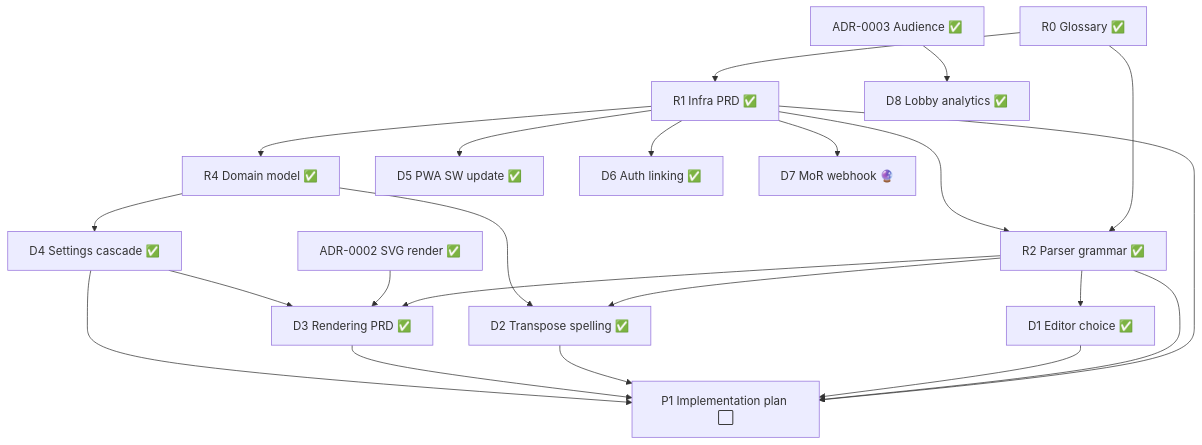
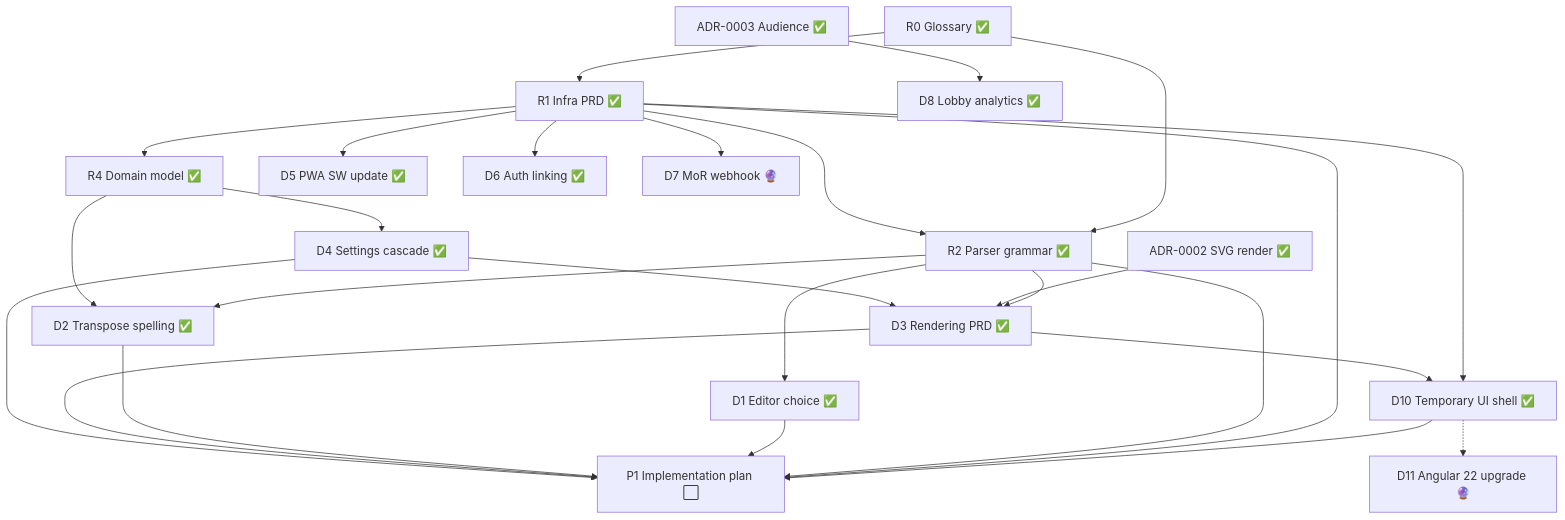
One commit to DcNiemandd/achordeon changed the diagram in docs/PRD.md. Above: the diagram before and after it, drawn with Mermaid. The commit also changed other lines of this file and 2 other files, not shown here.

````diff
--- a/docs/PRD.md
+++ b/docs/PRD.md
@@ -139,32 +142,36 @@
 ```mermaid
 graph TD
   R0[R0 Glossary ✅]
   R1[R1 Infra PRD ✅]
   R2[R2 Parser grammar ✅]
   A2[ADR-0002 SVG render ✅]
   A3[ADR-0003 Audience ✅]
 
   R0 --> R1
   R0 --> R2
   R1 --> R2
 
   R2 --> D1[D1 Editor choice ✅]
   R2 --> D2[D2 Transpose spelling ✅]
   R4 --> D2
   R2 --> D3[D3 Rendering PRD ✅]
   A2 --> D3
   R1 --> R4[R4 Domain model ✅]
   R4 --> D4[D4 Settings cascade ✅]
   D4 --> D3
   R1 --> D5[D5 PWA SW update ✅]
   R1 --> D6[D6 Auth linking ✅]
   R1 --> D7[D7 MoR webhook 🔮]
   A3 --> D8[D8 Lobby analytics ✅]
+  R1 --> D10[D10 Temporary UI shell ✅]
+  D3 --> D10
+  D10 --> P1
+  D10 -.-> D11[D11 Angular 22 upgrade 🔮]
 
   R1 --> P1[P1 Implementation plan ⬜]
   R2 --> P1
   D1 --> P1
   D2 --> P1
   D3 --> P1
   D4 --> P1
 ```
````
